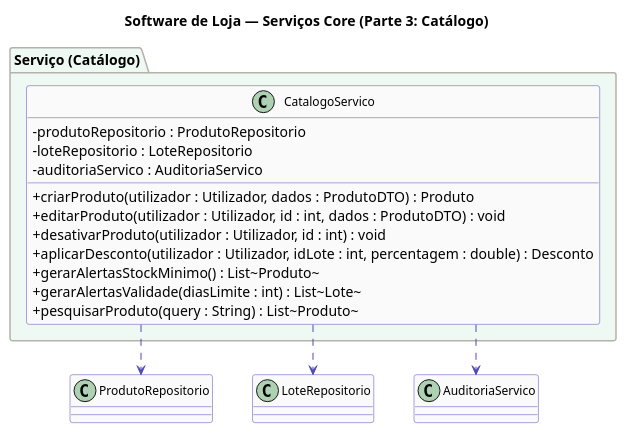
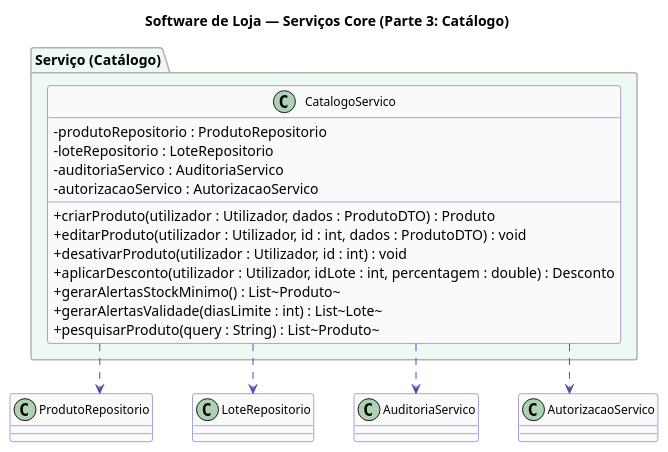
Before and after one commit to SimaoOliveira05/LI4: the diagram in Diagramas de Classe/software_loja/servicos/src/servicos_core_catalogo.puml, drawn with PlantUML.

```diff
--- a/Diagramas de Classe/software_loja/servicos/src/servicos_core_catalogo.puml
+++ b/Diagramas de Classe/software_loja/servicos/src/servicos_core_catalogo.puml
@@ -1,46 +1,48 @@
 @startuml servicos_core_parte3_catalogo
 skinparam classAttributeIconSize 0
 skinparam classFontSize 12
 skinparam classHeaderBackgroundColor #EEEDFE
 skinparam classBorderColor #534AB7
 skinparam classBackgroundColor #FAFAFA
 skinparam arrowColor #534AB7
 skinparam stereotypeCBackgroundColor #E1F5EE
 skinparam stereotypeABackgroundColor #FAC775
 skinparam stereotypeIBackgroundColor #D1ECF1
 skinparam packageBackgroundColor #F8F8F8
 skinparam packageBorderColor #B4B2A9
 skinparam linetype ortho
 skinparam nodesep 40
 skinparam ranksep 50
 
 title Software de Loja — Serviços Core (Parte 3: Catálogo)
 
 ' ╔══════════════════════════════════════╗
 ' ║          CAMADA DE SERVIÇO           ║
 ' ║            (Catálogo)                ║
 ' ╚══════════════════════════════════════╝
 package "Serviço (Catálogo)" #EEF9F4 {
 
   class CatalogoServico {
     - produtoRepositorio : ProdutoRepositorio
     - loteRepositorio : LoteRepositorio
     - auditoriaServico : AuditoriaServico
+    - autorizacaoServico : AutorizacaoServico
     + criarProduto(utilizador : Utilizador, dados : ProdutoDTO) : Produto
     + editarProduto(utilizador : Utilizador, id : int, dados : ProdutoDTO) : void
     + desativarProduto(utilizador : Utilizador, id : int) : void
     + aplicarDesconto(utilizador : Utilizador, idLote : int, percentagem : double) : Desconto
     + gerarAlertasStockMinimo() : List~Produto~
     + gerarAlertasValidade(diasLimite : int) : List~Lote~
     + pesquisarProduto(query : String) : List~Produto~
   }
 }
 
 ' Relações com Repositórios
 CatalogoServico ..> ProdutoRepositorio
 CatalogoServico ..> LoteRepositorio
 
-' Serviços transversais
+' Serviços transversais e Segurança
 CatalogoServico ..> AuditoriaServico
+CatalogoServico ..> AutorizacaoServico
 
 @enduml
```
